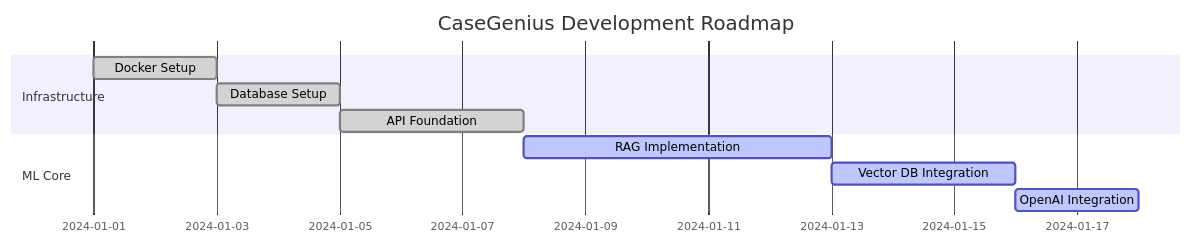
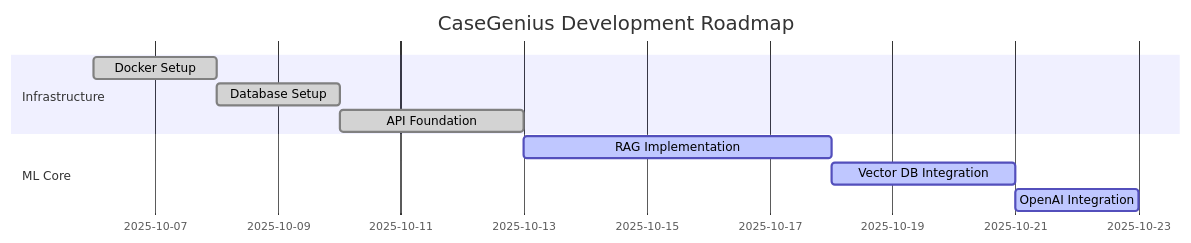
The first of 3 diagrams in ПРАКТИЧЕСКАЯ РАБОТА №1.md (ananasDDA/fundamentals_of_software_engineering), drawn with Mermaid before and after one commit. The commit also changed other lines of this file, not shown here.

````diff
--- a/ПРАКТИЧЕСКАЯ РАБОТА №1.md
+++ b/ПРАКТИЧЕСКАЯ РАБОТА №1.md
@@ -87,13 +87,13 @@
 ```mermaid
 gantt
     title CaseGenius Development Roadmap
     dateFormat  YYYY-MM-DD
     section Infrastructure
-    Docker Setup           :done, docker, 2024-01-01, 2d
+    Docker Setup           :done, docker, 2025-10-06, 2d
     Database Setup         :done, db, after docker, 2d
     API Foundation         :done, api, after db, 3d
     section ML Core
-    RAG Implementation     :active, rag, 2024-01-08, 5d
+    RAG Implementation     :active, rag, 2025-10-13, 5d
     Vector DB Integration  :active, vector, after rag, 3d
     OpenAI Integration     :active, openai, after vector, 2d
 ```
````
